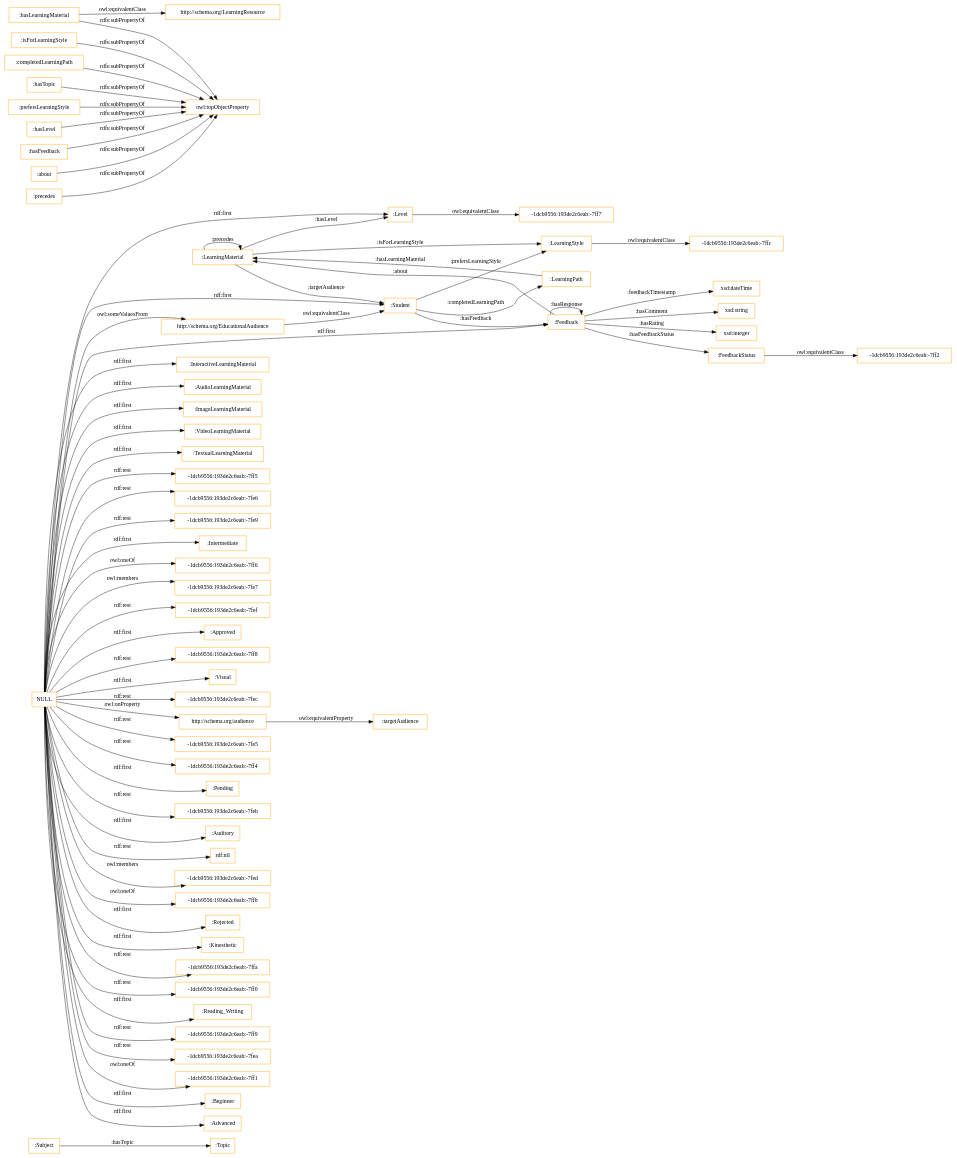
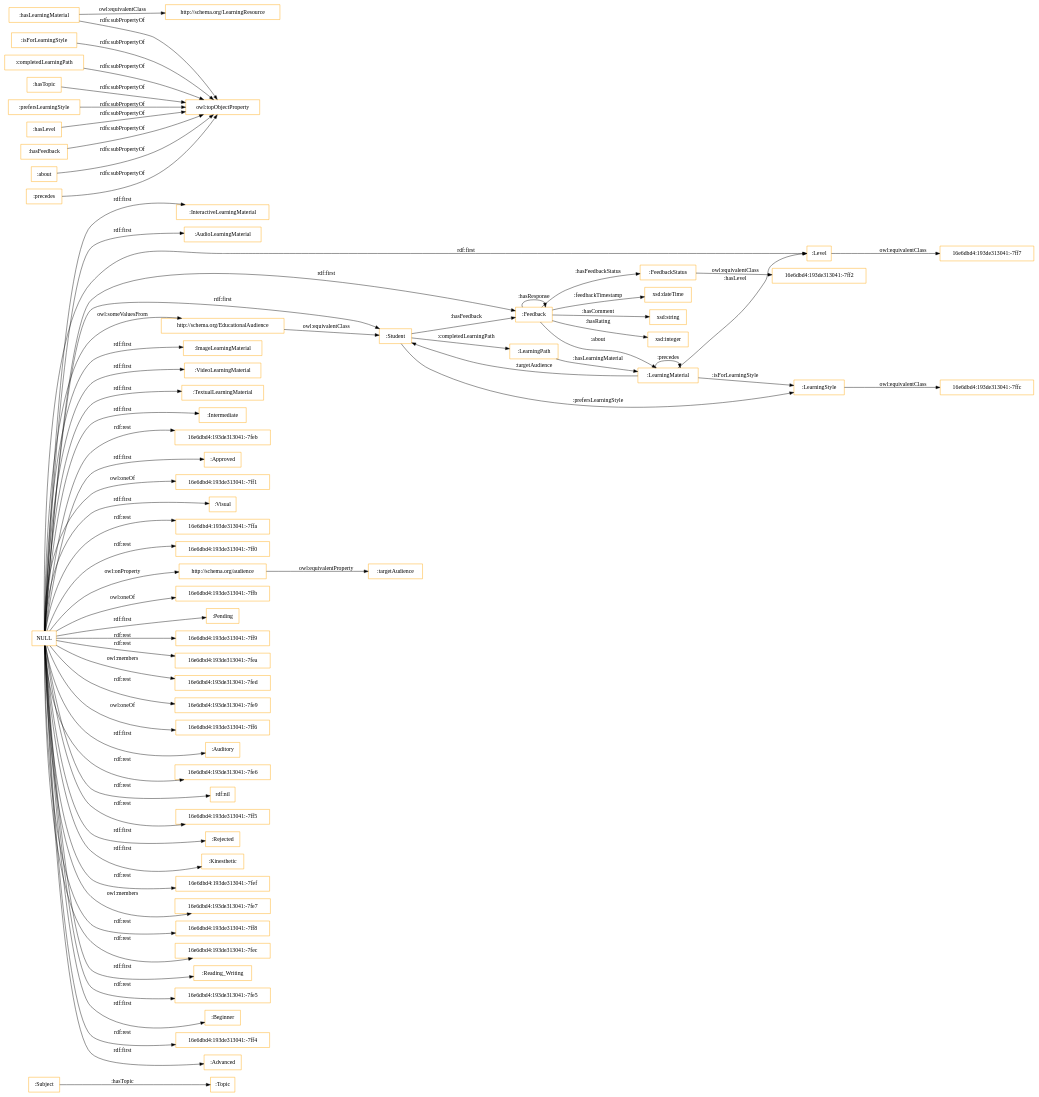
One commit to veyisTurgut/vb-rdf changed the diagram in OnToology/vb-new.rdf/diagrams/ar2dtool-class/vb-new.rdf.png.dot. Above: the diagram before and after it, drawn with Graphviz. The commit also changed 2 other files, not shown here.

```diff
--- a/OnToology/vb-new.rdf/diagrams/ar2dtool-class/vb-new.rdf.png.dot
+++ b/OnToology/vb-new.rdf/diagrams/ar2dtool-class/vb-new.rdf.png.dot
@@ -1,75 +1,75 @@
 digraph ar2dtool_diagram { 
 rankdir=LR;
 size="1501"
-node [shape = rectangle, color="orange"]; ":Subject" "-1dcb9556:193de2c6eab:-7ff7" ":InteractiveLearningMaterial" ":FeedbackStatus" ":AudioLearningMaterial" "-1dcb9556:193de2c6eab:-7ffc" "http://schema.org/LearningResource" ":Feedback" ":LearningStyle" "-1dcb9556:193de2c6eab:-7ff2" "http://schema.org/EducationalAudience" ":Student" ":Level" ":LearningMaterial" ":ImageLearningMaterial" ":Topic" ":LearningPath" ":VideoLearningMaterial" ":TextualLearningMaterial" ; /*classes style*/
-	"NULL" -> "-1dcb9556:193de2c6eab:-7ff5" [ label = "rdf:rest" ];
-	"NULL" -> "-1dcb9556:193de2c6eab:-7fe6" [ label = "rdf:rest" ];
-	"NULL" -> "-1dcb9556:193de2c6eab:-7fe9" [ label = "rdf:rest" ];
+node [shape = rectangle, color="orange"]; ":Subject" "16e6dbd4:193de313041:-7ffc" "16e6dbd4:193de313041:-7ff7" ":InteractiveLearningMaterial" ":FeedbackStatus" ":AudioLearningMaterial" "http://schema.org/LearningResource" ":Feedback" ":LearningStyle" "16e6dbd4:193de313041:-7ff2" "http://schema.org/EducationalAudience" ":Student" ":Level" ":LearningMaterial" ":ImageLearningMaterial" ":Topic" ":LearningPath" ":VideoLearningMaterial" ":TextualLearningMaterial" ; /*classes style*/
 	"NULL" -> ":Intermediate" [ label = "rdf:first" ];
-	"NULL" -> "-1dcb9556:193de2c6eab:-7ff6" [ label = "owl:oneOf" ];
-	"NULL" -> "-1dcb9556:193de2c6eab:-7fe7" [ label = "owl:members" ];
-	"NULL" -> "-1dcb9556:193de2c6eab:-7fef" [ label = "rdf:rest" ];
-	"NULL" -> ":ImageLearningMaterial" [ label = "rdf:first" ];
+	"NULL" -> "16e6dbd4:193de313041:-7feb" [ label = "rdf:rest" ];
 	"NULL" -> ":Approved" [ label = "rdf:first" ];
 	"NULL" -> ":AudioLearningMaterial" [ label = "rdf:first" ];
-	"NULL" -> "-1dcb9556:193de2c6eab:-7ff8" [ label = "rdf:rest" ];
+	"NULL" -> ":ImageLearningMaterial" [ label = "rdf:first" ];
 	"NULL" -> "http://schema.org/EducationalAudience" [ label = "owl:someValuesFrom" ];
+	"NULL" -> "16e6dbd4:193de313041:-7ff1" [ label = "owl:oneOf" ];
 	"NULL" -> ":Visual" [ label = "rdf:first" ];
-	"NULL" -> "-1dcb9556:193de2c6eab:-7fec" [ label = "rdf:rest" ];
+	"NULL" -> "16e6dbd4:193de313041:-7ffa" [ label = "rdf:rest" ];
+	"NULL" -> "16e6dbd4:193de313041:-7ff0" [ label = "rdf:rest" ];
 	"NULL" -> "http://schema.org/audience" [ label = "owl:onProperty" ];
 	"NULL" -> ":Student" [ label = "rdf:first" ];
 	"NULL" -> ":Level" [ label = "rdf:first" ];
-	"NULL" -> "-1dcb9556:193de2c6eab:-7fe5" [ label = "rdf:rest" ];
-	"NULL" -> "-1dcb9556:193de2c6eab:-7ff4" [ label = "rdf:rest" ];
+	"NULL" -> "16e6dbd4:193de313041:-7ffb" [ label = "owl:oneOf" ];
 	"NULL" -> ":Pending" [ label = "rdf:first" ];
+	"NULL" -> "16e6dbd4:193de313041:-7ff9" [ label = "rdf:rest" ];
 	"NULL" -> ":TextualLearningMaterial" [ label = "rdf:first" ];
-	"NULL" -> "-1dcb9556:193de2c6eab:-7feb" [ label = "rdf:rest" ];
+	"NULL" -> "16e6dbd4:193de313041:-7fea" [ label = "rdf:rest" ];
+	"NULL" -> "16e6dbd4:193de313041:-7fed" [ label = "owl:members" ];
+	"NULL" -> "16e6dbd4:193de313041:-7fe9" [ label = "rdf:rest" ];
+	"NULL" -> "16e6dbd4:193de313041:-7ff6" [ label = "owl:oneOf" ];
+	"NULL" -> ":Feedback" [ label = "rdf:first" ];
 	"NULL" -> ":Auditory" [ label = "rdf:first" ];
-	"NULL" -> ":Feedback" [ label = "rdf:first" ];
+	"NULL" -> "16e6dbd4:193de313041:-7fe6" [ label = "rdf:rest" ];
 	"NULL" -> "rdf:nil" [ label = "rdf:rest" ];
-	"NULL" -> "-1dcb9556:193de2c6eab:-7fed" [ label = "owl:members" ];
-	"NULL" -> "-1dcb9556:193de2c6eab:-7ffb" [ label = "owl:oneOf" ];
+	"NULL" -> "16e6dbd4:193de313041:-7ff5" [ label = "rdf:rest" ];
 	"NULL" -> ":Rejected" [ label = "rdf:first" ];
 	"NULL" -> ":Kinesthetic" [ label = "rdf:first" ];
-	"NULL" -> "-1dcb9556:193de2c6eab:-7ffa" [ label = "rdf:rest" ];
-	"NULL" -> "-1dcb9556:193de2c6eab:-7ff0" [ label = "rdf:rest" ];
+	"NULL" -> "16e6dbd4:193de313041:-7fef" [ label = "rdf:rest" ];
+	"NULL" -> "16e6dbd4:193de313041:-7fe7" [ label = "owl:members" ];
+	"NULL" -> "16e6dbd4:193de313041:-7ff8" [ label = "rdf:rest" ];
+	"NULL" -> "16e6dbd4:193de313041:-7fec" [ label = "rdf:rest" ];
 	"NULL" -> ":Reading_Writing" [ label = "rdf:first" ];
-	"NULL" -> "-1dcb9556:193de2c6eab:-7ff9" [ label = "rdf:rest" ];
+	"NULL" -> "16e6dbd4:193de313041:-7fe5" [ label = "rdf:rest" ];
 	"NULL" -> ":VideoLearningMaterial" [ label = "rdf:first" ];
-	"NULL" -> "-1dcb9556:193de2c6eab:-7fea" [ label = "rdf:rest" ];
-	"NULL" -> "-1dcb9556:193de2c6eab:-7ff1" [ label = "owl:oneOf" ];
 	"NULL" -> ":Beginner" [ label = "rdf:first" ];
+	"NULL" -> "16e6dbd4:193de313041:-7ff4" [ label = "rdf:rest" ];
 	"NULL" -> ":InteractiveLearningMaterial" [ label = "rdf:first" ];
 	"NULL" -> ":Advanced" [ label = "rdf:first" ];
 	":isForLearningStyle" -> "owl:topObjectProperty" [ label = "rdfs:subPropertyOf" ];
 	":completedLearningPath" -> "owl:topObjectProperty" [ label = "rdfs:subPropertyOf" ];
 	"http://schema.org/audience" -> ":targetAudience" [ label = "owl:equivalentProperty" ];
 	":hasTopic" -> "owl:topObjectProperty" [ label = "rdfs:subPropertyOf" ];
-	":LearningStyle" -> "-1dcb9556:193de2c6eab:-7ffc" [ label = "owl:equivalentClass" ];
+	":LearningStyle" -> "16e6dbd4:193de313041:-7ffc" [ label = "owl:equivalentClass" ];
 	":prefersLearningStyle" -> "owl:topObjectProperty" [ label = "rdfs:subPropertyOf" ];
 	":hasLevel" -> "owl:topObjectProperty" [ label = "rdfs:subPropertyOf" ];
 	"http://schema.org/EducationalAudience" -> ":Student" [ label = "owl:equivalentClass" ];
 	":hasFeedback" -> "owl:topObjectProperty" [ label = "rdfs:subPropertyOf" ];
-	":FeedbackStatus" -> "-1dcb9556:193de2c6eab:-7ff2" [ label = "owl:equivalentClass" ];
+	":FeedbackStatus" -> "16e6dbd4:193de313041:-7ff2" [ label = "owl:equivalentClass" ];
 	":about" -> "owl:topObjectProperty" [ label = "rdfs:subPropertyOf" ];
 	":hasLearningMaterial" -> "http://schema.org/LearningResource" [ label = "owl:equivalentClass" ];
 	":hasLearningMaterial" -> "owl:topObjectProperty" [ label = "rdfs:subPropertyOf" ];
-	":Level" -> "-1dcb9556:193de2c6eab:-7ff7" [ label = "owl:equivalentClass" ];
+	":Level" -> "16e6dbd4:193de313041:-7ff7" [ label = "owl:equivalentClass" ];
 	":precedes" -> "owl:topObjectProperty" [ label = "rdfs:subPropertyOf" ];
 	":Feedback" -> ":FeedbackStatus" [ label = ":hasFeedbackStatus" ];
 	":Feedback" -> "xsd:dateTime" [ label = ":feedbackTimestamp" ];
 	":Feedback" -> "xsd:string" [ label = ":hasComment" ];
 	":Student" -> ":Feedback" [ label = ":hasFeedback" ];
 	":LearningMaterial" -> ":LearningMaterial" [ label = ":precedes" ];
 	":LearningPath" -> ":LearningMaterial" [ label = ":hasLearningMaterial" ];
 	":Student" -> ":LearningPath" [ label = ":completedLearningPath" ];
 	":LearningMaterial" -> ":LearningStyle" [ label = ":isForLearningStyle" ];
 	":Subject" -> ":Topic" [ label = ":hasTopic" ];
 	":LearningMaterial" -> ":Student" [ label = ":targetAudience" ];
 	":LearningMaterial" -> ":Level" [ label = ":hasLevel" ];
 	":Feedback" -> ":Feedback" [ label = ":hasResponse" ];
 	":Student" -> ":LearningStyle" [ label = ":prefersLearningStyle" ];
 	":Feedback" -> ":LearningMaterial" [ label = ":about" ];
 	":Feedback" -> "xsd:integer" [ label = ":hasRating" ];
 
 }
```
